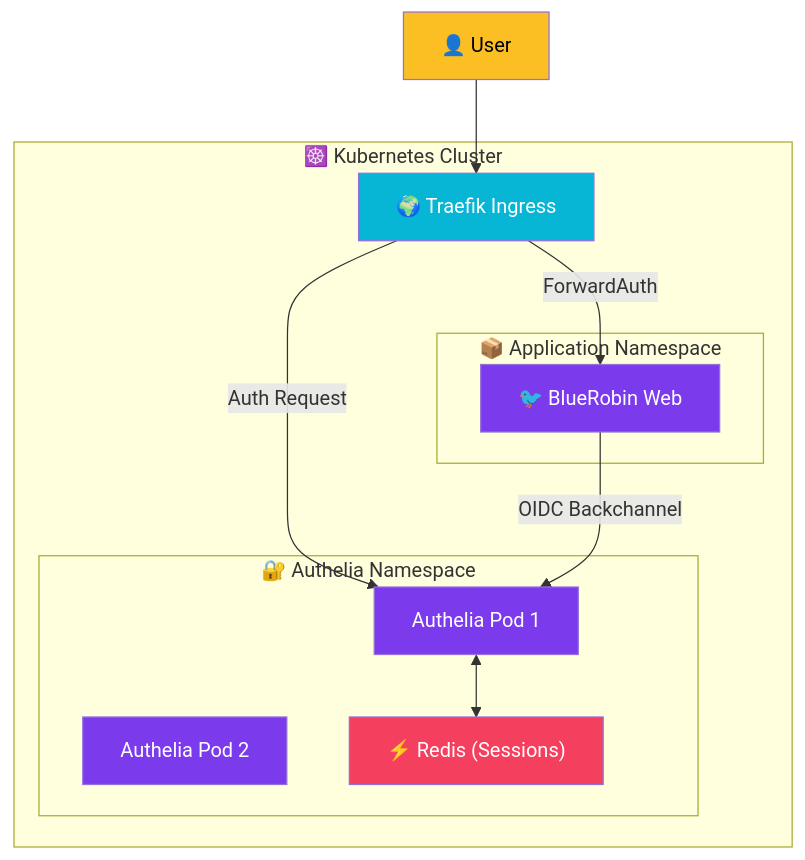
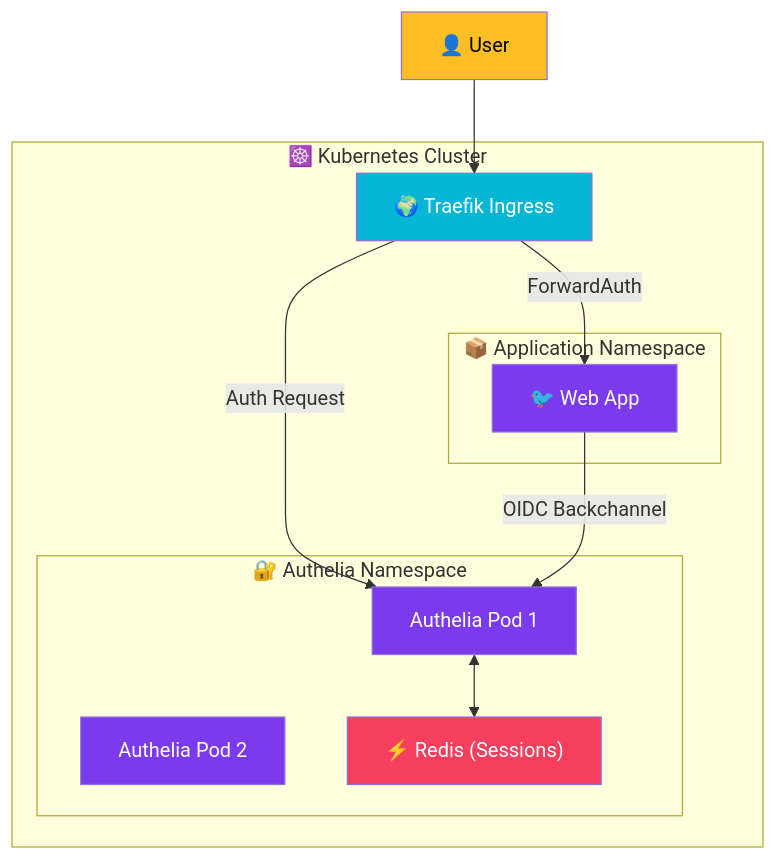
The diagram in src/content/blog/authelia-sso-oidc-dotnet.mdx (viktorrobin/bluerobin-blog), drawn with Mermaid before and after one commit. The commit also changed other lines of this file and 111 other files, not shown here.

````diff
--- a/src/content/blog/authelia-sso-oidc-dotnet.mdx
+++ b/src/content/blog/authelia-sso-oidc-dotnet.mdx
@@ -36,32 +36,32 @@
 ```mermaid
 flowchart TB
     subgraph K8s["☸️ Kubernetes Cluster"]
         Ingress["🌍 Traefik Ingress"]
         
         subgraph Auth["🔐 Authelia Namespace"]
             Pod1["Authelia Pod 1"]
             Pod2["Authelia Pod 2"]
             Redis["⚡ Redis (Sessions)"]
         end
         
         subgraph App["📦 Application Namespace"]
-            WebApp["🐦 BlueRobin Web"]
+            WebApp["🐦 Web App"]
         end
     end
 
     User["👤 User"] --> Ingress
     Ingress -->|Auth Request| Pod1
     Pod1 <--> Redis
     Ingress -->|ForwardAuth| WebApp
     WebApp -->|OIDC Backchannel| Pod1
 
     classDef primary fill:#7c3aed,color:#fff
     classDef secondary fill:#06b6d4,color:#fff
     classDef db fill:#f43f5e,color:#fff
     classDef warning fill:#fbbf24,color:#000
 
     class WebApp,Pod1,Pod2 primary
     class Ingress secondary
     class Redis db
     class User warning
 ```
````
